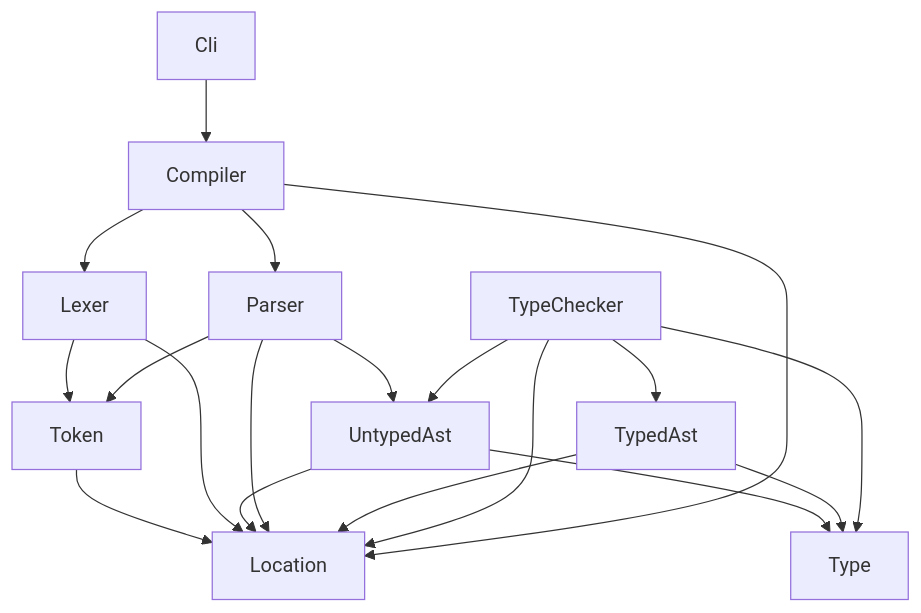
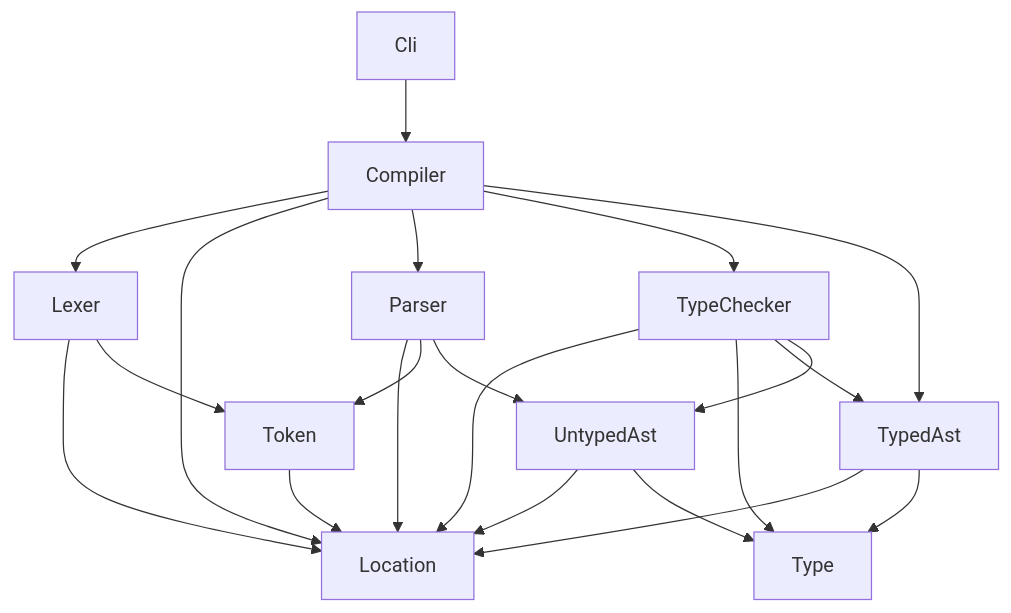
The diagram in README.md (0918nobita/waxt), drawn with Mermaid before and after one commit.

Commit message:
:memo: プロジェクトの依存関係の図を更新した

````diff
--- a/README.md
+++ b/README.md
@@ -86,21 +86,23 @@
 ```mermaid
 graph TB
   Token-->Location
   Lexer-->Location
   Lexer-->Token
   UntypedAst-->Location
   UntypedAst-->Type
   Parser-->Location
   Parser-->Token
   Parser-->UntypedAst
   TypedAst-->Location
   TypedAst-->Type
   TypeChecker-->Location
   TypeChecker-->Type
   TypeChecker-->TypedAst
   TypeChecker-->UntypedAst
   Compiler-->Lexer
   Compiler-->Location
   Compiler-->Parser
+  Compiler-->TypeChecker
+  Compiler-->TypedAst
   Cli-->Compiler
 ```
````
